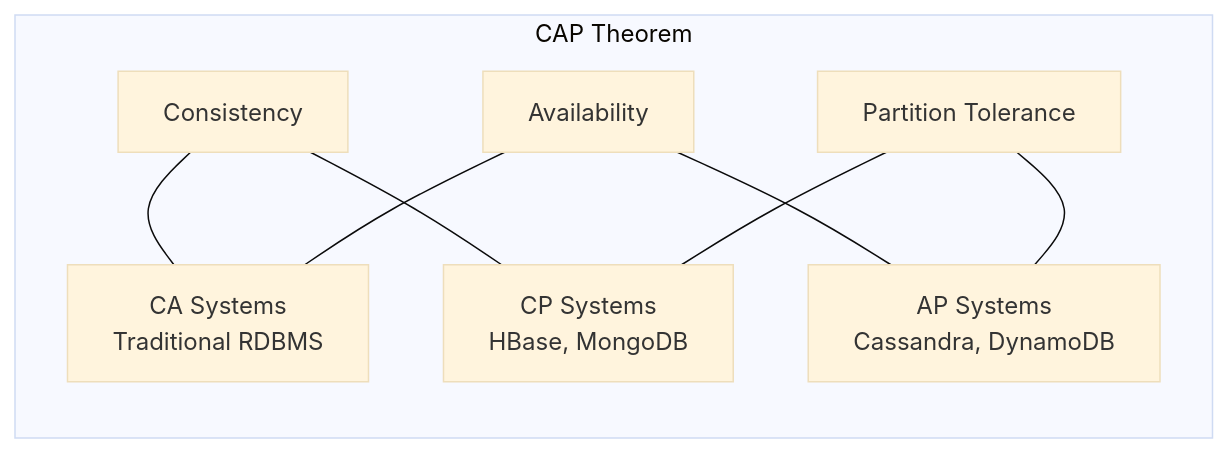
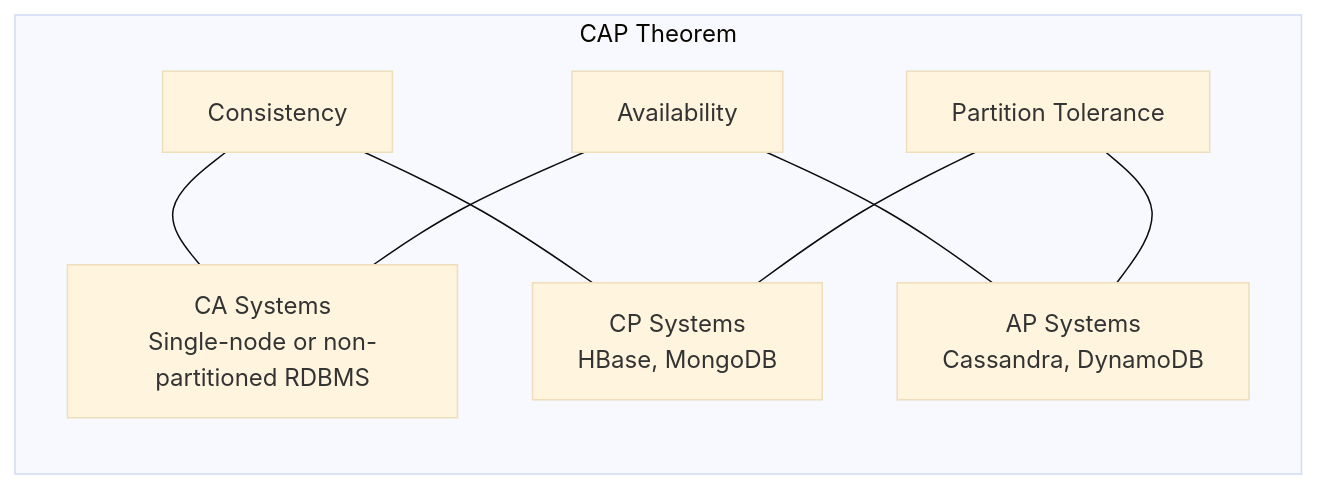
The ninth of 10 diagrams in posts/2026-01-30-data-replication-details/README.md (OneUptime/blog), drawn with Mermaid (base theme) before and after one commit. The commit also changed other lines of this file and 2 other files, not shown here.

````diff
--- a/posts/2026-01-30-data-replication-details/README.md
+++ b/posts/2026-01-30-data-replication-details/README.md
@@ -1417,15 +1436,15 @@
 ```mermaid
 graph LR
     subgraph "CAP Theorem"
         C[Consistency]
         A[Availability]
         P[Partition Tolerance]
 
-        C --- CA[CA Systems<br/>Traditional RDBMS]
+        C --- CA[CA Systems<br/>Single-node or non-partitioned RDBMS]
         C --- CP[CP Systems<br/>HBase, MongoDB]
         A --- CA
         A --- AP[AP Systems<br/>Cassandra, DynamoDB]
         P --- CP
         P --- AP
     end
 ```
````
